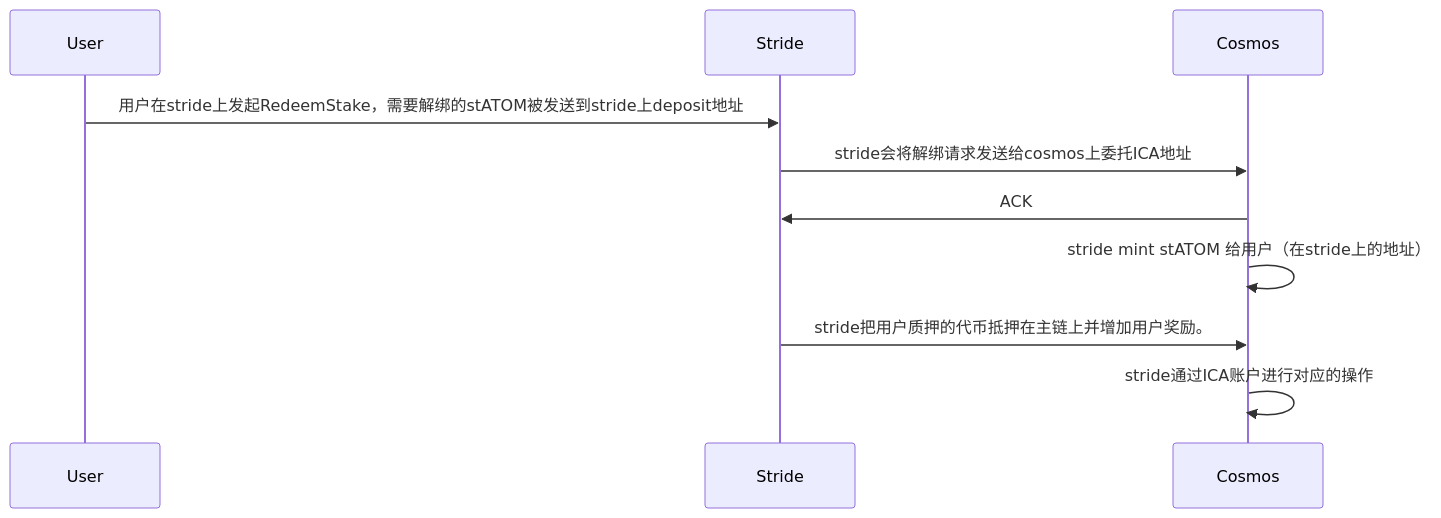
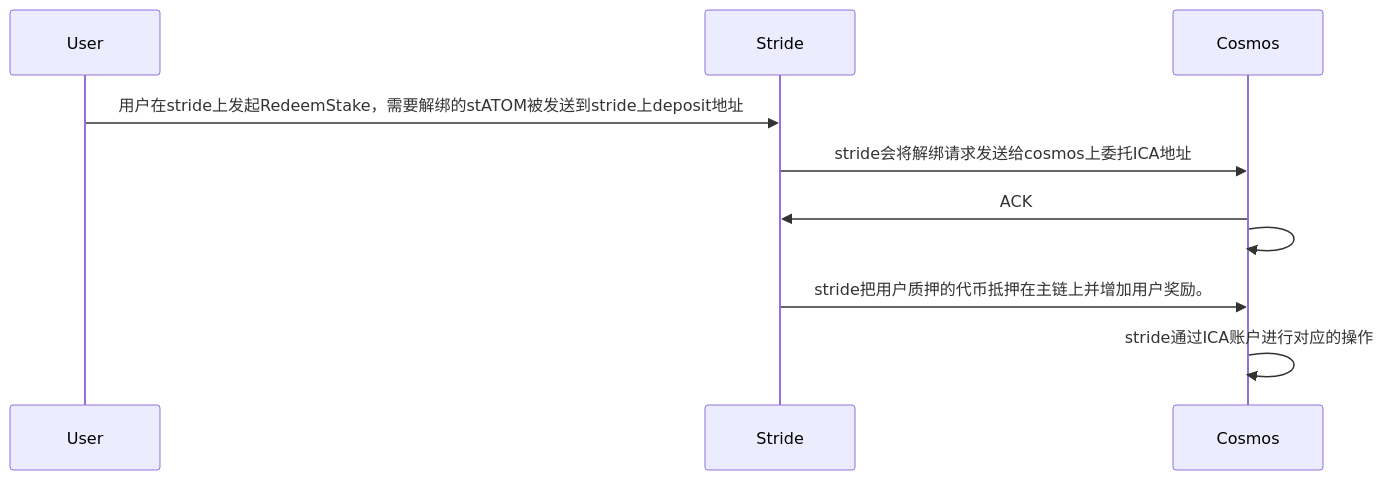
One commit to yingjianzh/iodraw-files changed the diagram in all/unbonding.md. Above: the diagram before and after it, drawn with Mermaid.

Commit message:
2024-03-28 15:13:22 update

````diff
--- a/all/unbonding.md
+++ b/all/unbonding.md
@@ -1,9 +1,9 @@
 ```mermaid
 sequenceDiagram
     User->>Stride: 用户在stride上发起RedeemStake，需要解绑的stATOM被发送到stride上deposit地址
     Stride->>Cosmos: stride会将解绑请求发送给cosmos上委托ICA地址
     Cosmos->>Stride: ACK
-    Cosmos->>Cosmos: stride mint stATOM 给用户（在stride上的地址）
+    Cosmos->>Cosmos: 
     Stride->>Cosmos: stride把用户质押的代币抵押在主链上并增加用户奖励。
     Cosmos->>Cosmos: stride通过ICA账户进行对应的操作
 ```
````
